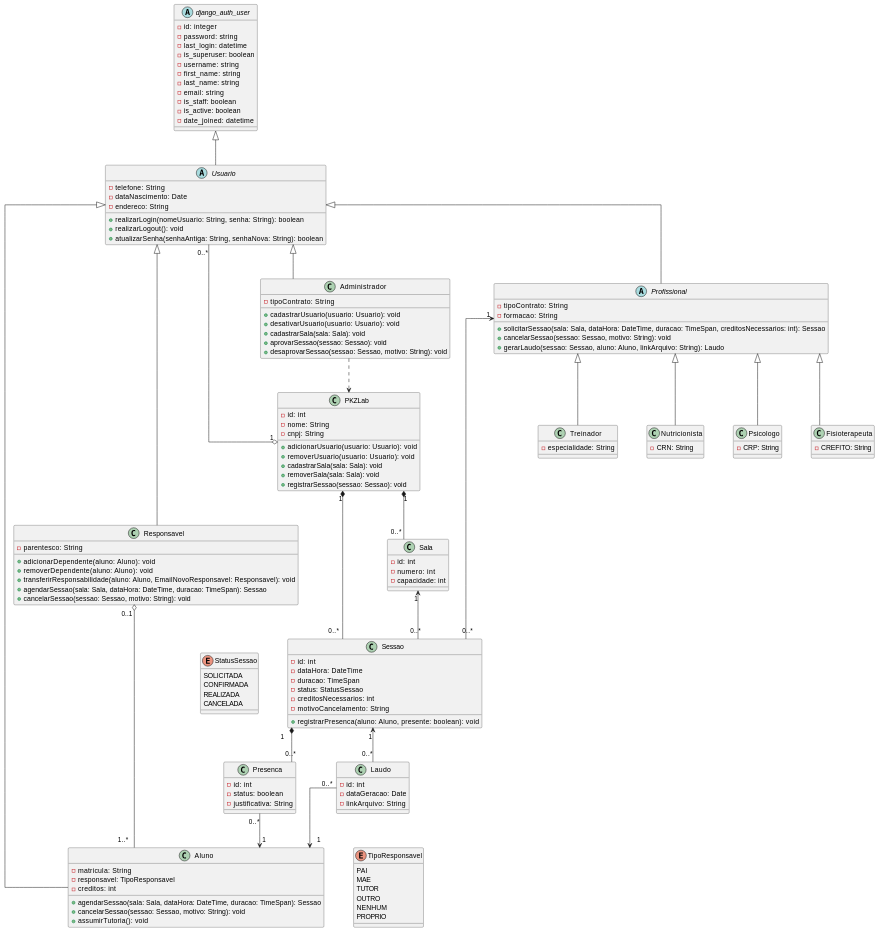
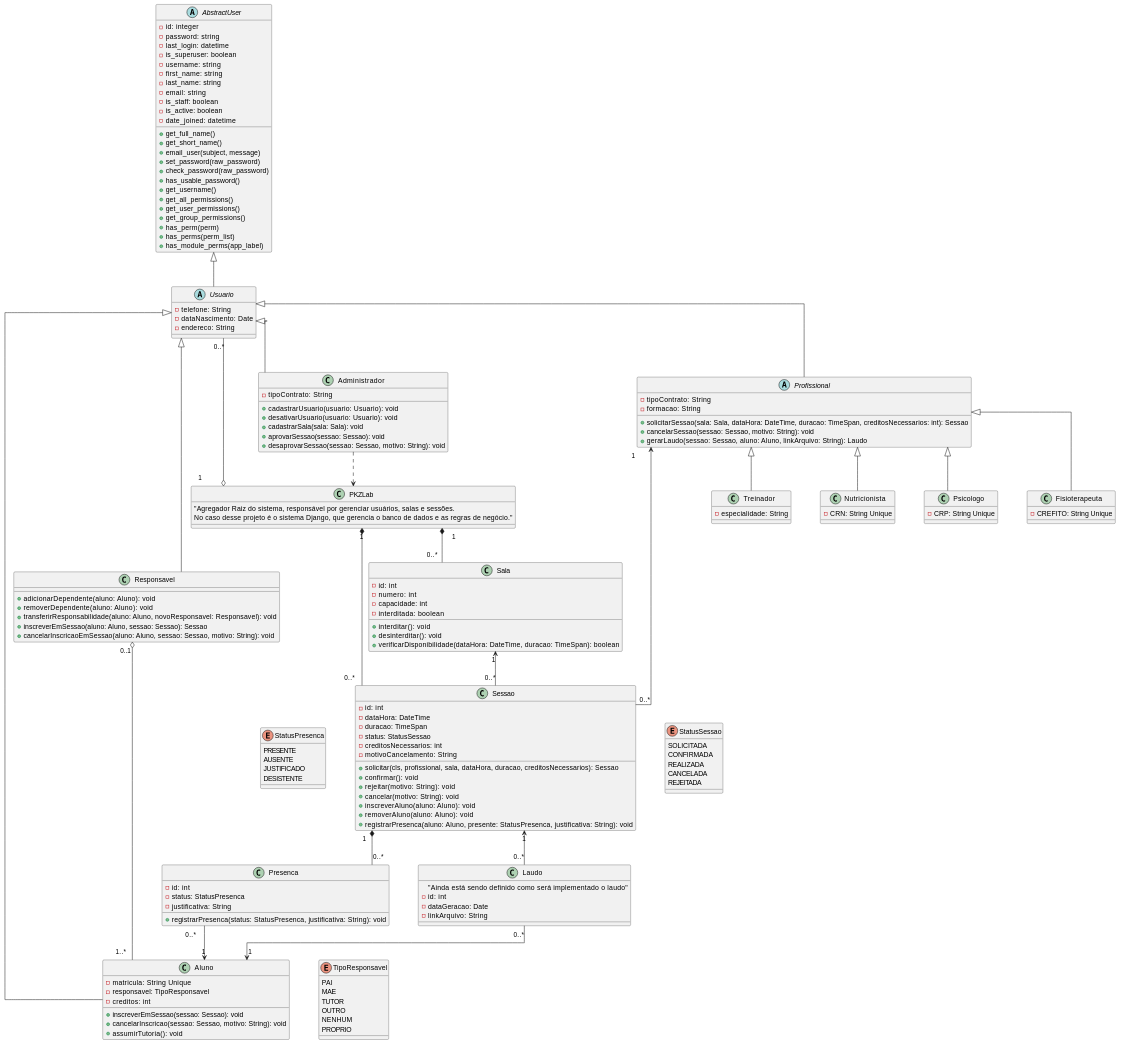
Before and after one commit to Projetos-de-Extensao/PECDII_26.2_8001_III: the diagram in docs/Elaboracao/diagrama_de_classes.md, drawn with PlantUML.

Commit message:
feat: atualiza o diagrama de classes com novos enums e métodos para gerenciamento de sessões

```diff
--- a/docs/Elaboracao/diagrama_de_classes.md
+++ b/docs/Elaboracao/diagrama_de_classes.md
@@ -27,27 +27,38 @@
     CONFIRMADA
     REALIZADA
     CANCELADA
+    REJEITADA
+}
+
+enum TipoResponsavel {
+    PAI
+    MAE
+    TUTOR
+    OUTRO
+    NENHUM
+    PROPRIO
+}
+
+enum StatusPresenca {
+    PRESENTE
+    AUSENTE
+    JUSTIFICADO
+    DESISTENTE
 }
 
 ' ==========================================
 ' AGREGADOR RAIZ / SISTEMA (PKZLab)
 ' ==========================================
 class PKZLab {
-    - id: int
-    - nome: String
-    - cnpj: String
-    + adicionarUsuario(usuario: Usuario): void
-    + removerUsuario(usuario: Usuario): void
-    + cadastrarSala(sala: Sala): void
-    + removerSala(sala: Sala): void
-    + registrarSessao(sessao: Sessao): void
+    "Agregador Raiz do sistema, responsável por gerenciar usuários, salas e sessões.
+    No caso desse projeto é o sistema Django, que gerencia o banco de dados e as regras de negócio."
 }
 
 ' ==========================================
 ' HIERARQUIA DE USUÁRIOS
 ' ==========================================
 
-abstract class django_auth_user {
+abstract class AbstractUser {
     - id: integer
     - password: string
     - last_login: datetime
@@ -59,15 +70,25 @@
     - is_staff: boolean
     - is_active: boolean
     - date_joined: datetime
+    + get_full_name()
+    + get_short_name()
+    + email_user(subject, message)
+    + set_password(raw_password)
+    + check_password(raw_password)
+    + has_usable_password()
+    + get_username()
+    + get_all_permissions()
+    + get_user_permissions()
+    + get_group_permissions()
+    + has_perm(perm)
+    + has_perms(perm_list)
+    + has_module_perms(app_label)
 }
 
 abstract class Usuario {
     - telefone: String
     - dataNascimento: Date
     - endereco: String
-    + realizarLogin(nomeUsuario: String, senha: String): boolean
-    + realizarLogout(): void
-    + atualizarSenha(senhaAntiga: String, senhaNova: String): boolean
 }
 
 class Administrador {
@@ -80,29 +101,19 @@
 }
 
 class Responsavel {
-    - parentesco: String
     + adicionarDependente(aluno: Aluno): void
     + removerDependente(aluno: Aluno): void
-    + transferirResponsabilidade(aluno: Aluno, EmailNovoResponsavel: Responsavel): void
-    + agendarSessao(sala: Sala, dataHora: DateTime, duracao: TimeSpan): Sessao
-    + cancelarSessao(sessao: Sessao, motivo: String): void
-}
-
-enum TipoResponsavel {
-    PAI
-    MAE
-    TUTOR
-    OUTRO
-    NENHUM
-    PROPRIO
+    + transferirResponsabilidade(aluno: Aluno, novoResponsavel: Responsavel): void
+    + inscreverEmSessao(aluno: Aluno, sessao: Sessao): Sessao
+    + cancelarInscricaoEmSessao(aluno: Aluno, sessao: Sessao, motivo: String): void
 }
 
 class Aluno {
-    - matricula: String
+    - matricula: String Unique
     - responsavel: TipoResponsavel
     - creditos: int
-    + agendarSessao(sala: Sala, dataHora: DateTime, duracao: TimeSpan): Sessao
-    + cancelarSessao(sessao: Sessao, motivo: String): void
+    + inscreverEmSessao(sessao: Sessao): void
+    + cancelarInscricao(sessao: Sessao, motivo: String): void
     + assumirTutoria(): void
 }
 
@@ -119,18 +130,18 @@
 }
 
 class Nutricionista {
-    - CRN: String
+    - CRN: String Unique
 }
 
 class Psicologo {
-    - CRP: String
+    - CRP: String Unique
 }
 
-class Fisioterapeuta {
-    - CREFITO: String
+class Fisioterapeuta{
+    - CREFITO: String Unique
 }
 
-django_auth_user <|-- Usuario
+AbstractUser <|-- Usuario
 
 Usuario <|-- Administrador
 Usuario <|-- Responsavel
@@ -153,6 +164,10 @@
     - id: int
     - numero: int
     - capacidade: int
+    - interditada: boolean
+    + interditar(): void
+    + desinterditar(): void
+    + verificarDisponibilidade(dataHora: DateTime, duracao: TimeSpan): boolean
 }
 
 class Sessao {
@@ -162,16 +177,24 @@
     - status: StatusSessao
     - creditosNecessarios: int
     - motivoCancelamento: String
-    + registrarPresenca(aluno: Aluno, presente: boolean): void
+    + solicitar(cls, profissional, sala, dataHora, duracao, creditosNecessarios): Sessao
+    + confirmar(): void
+    + rejeitar(motivo: String): void
+    + cancelar(motivo: String): void
+    + inscreverAluno(aluno: Aluno): void
+    + removerAluno(aluno: Aluno): void
+    + registrarPresenca(aluno: Aluno, presente: StatusPresenca, justificativa: String): void
 }
 
 class Presenca {
     - id: int
-    - status: boolean
+    - status: StatusPresenca
     - justificativa: String
+    + registrarPresenca(status: StatusPresenca, justificativa: String): void
 }
 
 class Laudo {
+    "Ainda está sendo definido como será implementado o laudo"
     - id: int
     - dataGeracao: Date
     - linkArquivo: String
@@ -195,10 +218,12 @@
 Sessao "1" *-- "0..*" Presenca
 Presenca "0..*" --> "1" Aluno
 
+StatusPresenca -[hidden]right-> Sessao
+
 Sessao "1" <-- "0..*" Laudo
 Laudo "0..*" --> "1" Aluno
 
-StatusSessao -[hidden]right-> Sessao
+StatusSessao -[hidden]left-> Sessao
 
 @enduml
 
```
